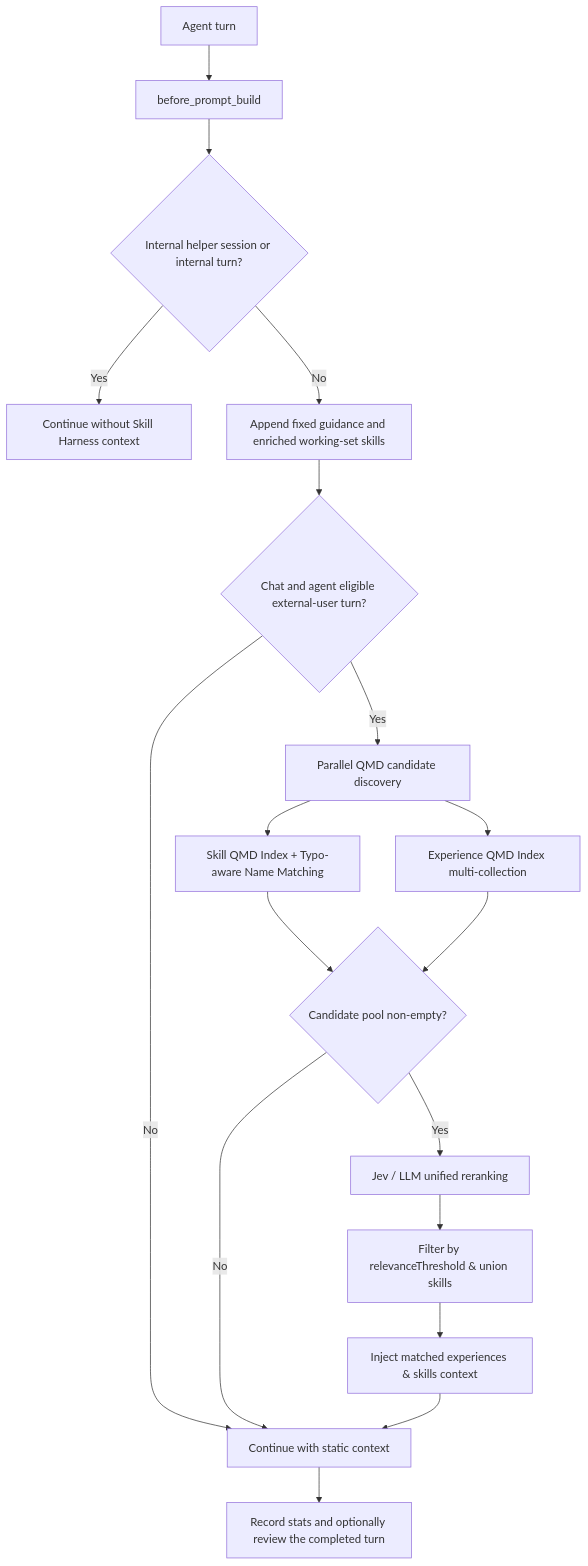
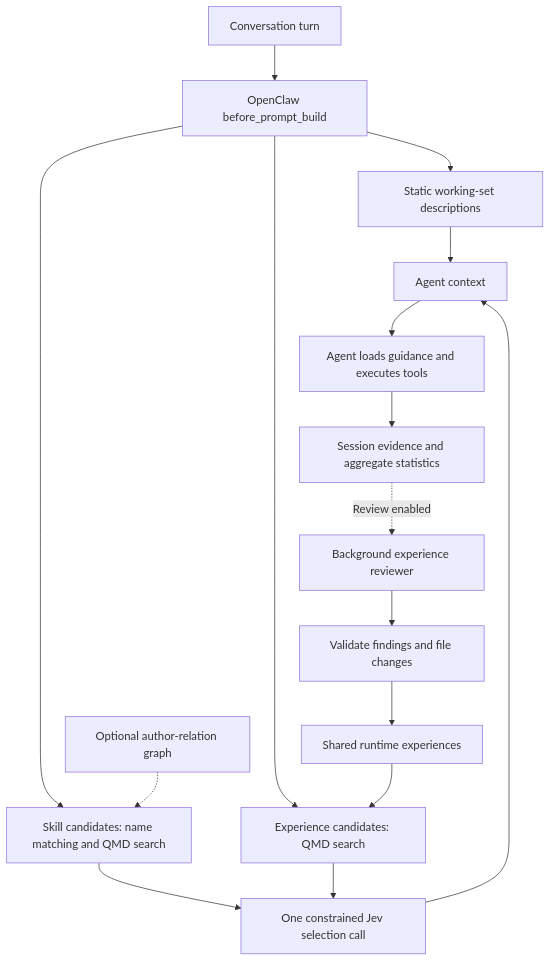
One commit to ani6439walc/openclaw-plugin-skill-harness changed the diagram in README.md. Above: the diagram before and after it, drawn with Mermaid. The commit also changed other lines of this file and 15 other files, not shown here.

First line of the commit message:
feat(review): support audited experience merges and deletions (#88)

````diff
--- a/README.md
+++ b/README.md
@@ -95,20 +38,18 @@
 ```mermaid
-graph TD
-  A[Agent turn] --> B[before_prompt_build]
-  B --> C{Internal helper session or internal turn?}
-  C -->|Yes| Z[Continue without Skill Harness context]
-  C -->|No| D[Append fixed guidance and enriched working-set skills]
-  D --> E{Chat and agent eligible external-user turn?}
-  E -->|No| M[Continue with static context]
-  E -->|Yes| F[Parallel QMD candidate discovery]
-  F --> G[Skill QMD Index + Typo-aware Name Matching]
-  F --> H[Experience QMD Index multi-collection]
-  G --> I{Candidate pool non-empty?}
-  H --> I
-  I -->|No| M
-  I -->|Yes| J[Jev / LLM unified reranking]
-  J --> K[Filter by relevanceThreshold & union skills]
-  K --> L[Inject matched experiences & skills context]
-  L --> M
-  M --> N[Record stats and optionally review the completed turn]
+flowchart TD
+  U[Conversation turn] --> H[OpenClaw before_prompt_build]
+  H --> W[Static working-set descriptions]
+  H --> S[Skill candidates: name matching and QMD search]
+  H --> E[Experience candidates: QMD search]
+  G[Optional author-relation graph] -.-> S
+  S --> J[One constrained Jev selection call]
+  E --> J
+  W --> C[Agent context]
+  J --> C
+  C --> A[Agent loads guidance and executes tools]
+  A --> T[Session evidence and aggregate statistics]
+  T -. Review enabled .-> R[Background experience reviewer]
+  R --> V[Validate findings and file changes]
+  V --> X[Shared runtime experiences]
+  X --> E
 ```
````
